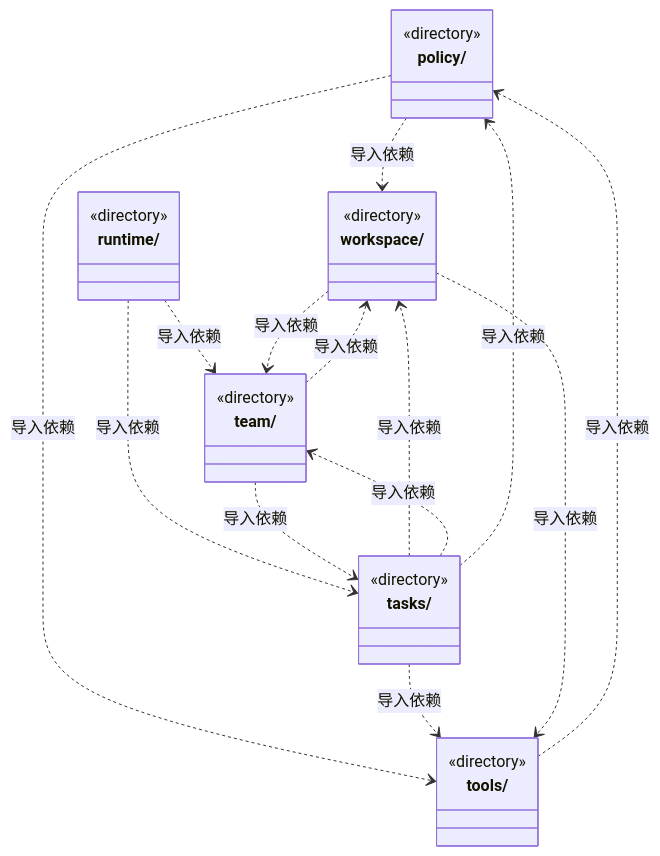
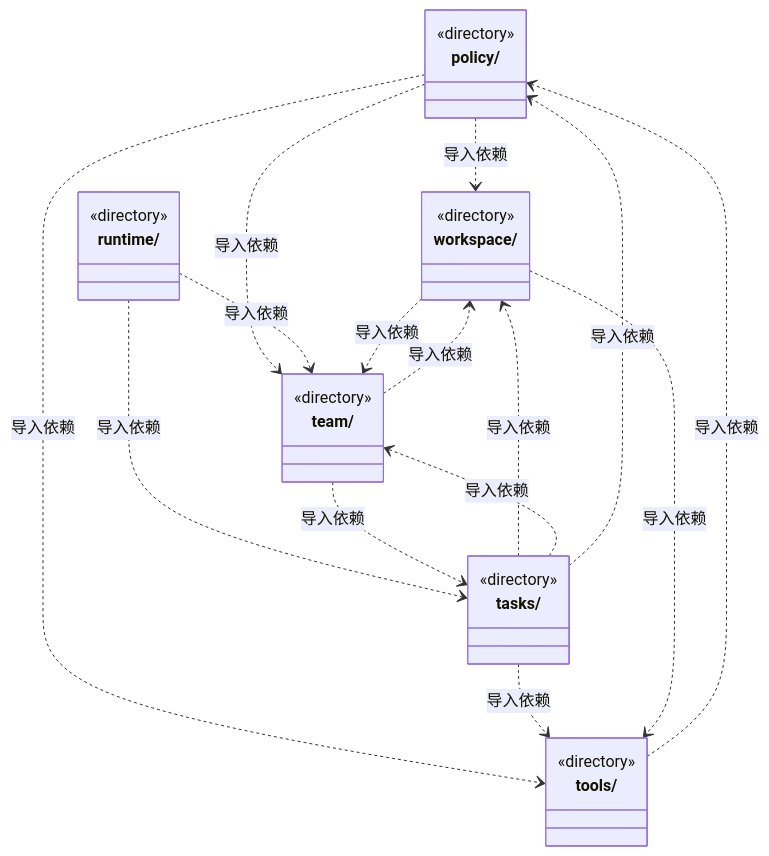
One commit to nan023062/cbim changed the second of 2 diagrams in src/backend/core/ARCHITECTURE.md. Above: the diagram before and after it, drawn with Mermaid. The commit also changed other lines of this file and 29 other files, not shown here.

````diff
--- a/src/backend/core/ARCHITECTURE.md
+++ b/src/backend/core/ARCHITECTURE.md
@@ -42,34 +42,35 @@
 ```mermaid
 classDiagram
 class N_src_backend_core_policy["policy/"] {
   <<directory>>
 }
 class N_src_backend_core_runtime["runtime/"] {
   <<directory>>
 }
 class N_src_backend_core_tasks["tasks/"] {
   <<directory>>
 }
 class N_src_backend_core_team["team/"] {
   <<directory>>
 }
 class N_src_backend_core_tools["tools/"] {
   <<directory>>
 }
 class N_src_backend_core_workspace["workspace/"] {
   <<directory>>
 }
 N_src_backend_core_policy ..> N_src_backend_core_tools : 导入依赖
 N_src_backend_core_policy ..> N_src_backend_core_workspace : 导入依赖
+N_src_backend_core_policy ..> N_src_backend_core_team : 导入依赖
 N_src_backend_core_runtime ..> N_src_backend_core_tasks : 导入依赖
 N_src_backend_core_runtime ..> N_src_backend_core_team : 导入依赖
 N_src_backend_core_tasks ..> N_src_backend_core_tools : 导入依赖
 N_src_backend_core_tasks ..> N_src_backend_core_workspace : 导入依赖
 N_src_backend_core_tasks ..> N_src_backend_core_team : 导入依赖
 N_src_backend_core_tasks ..> N_src_backend_core_policy : 导入依赖
 N_src_backend_core_team ..> N_src_backend_core_workspace : 导入依赖
 N_src_backend_core_team ..> N_src_backend_core_tasks : 导入依赖
 N_src_backend_core_tools ..> N_src_backend_core_policy : 导入依赖
 N_src_backend_core_workspace ..> N_src_backend_core_team : 导入依赖
 N_src_backend_core_workspace ..> N_src_backend_core_tools : 导入依赖
 ```
````
